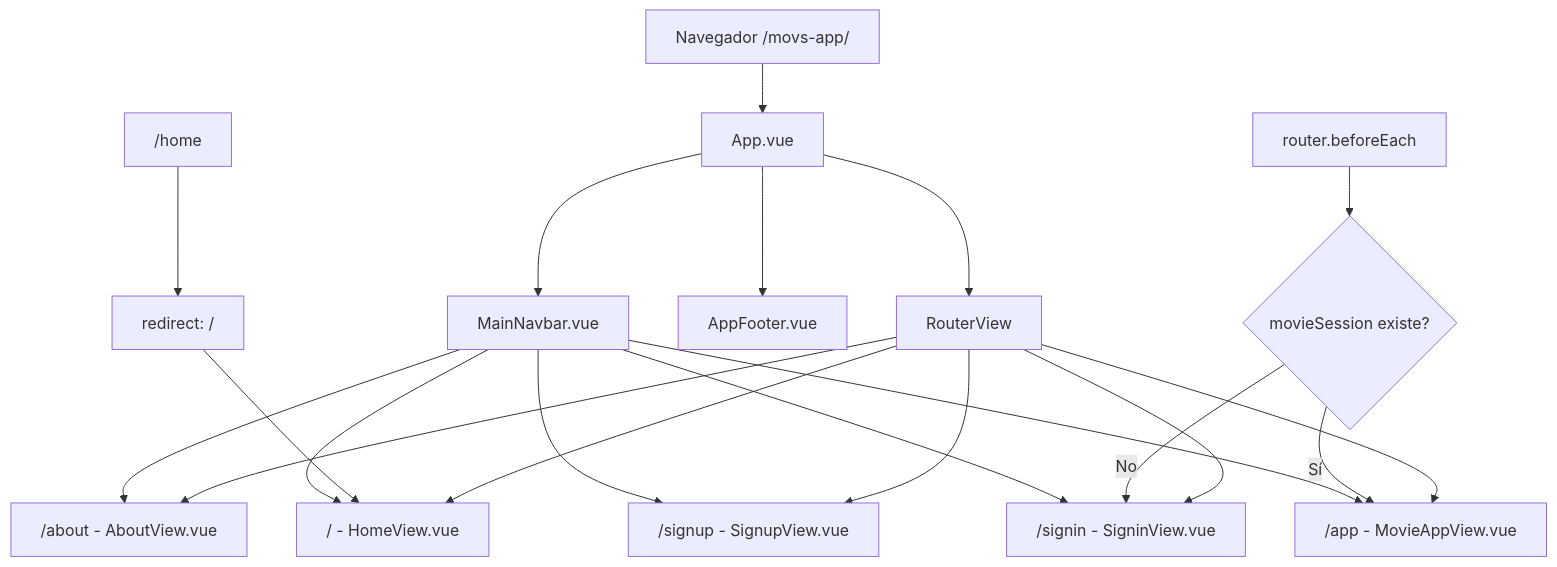
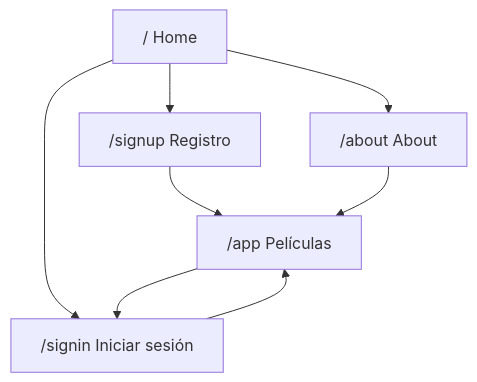
Before and after one commit to brigitterodriguezp/movs-app: the first of 3 diagrams in README.md, drawn with Mermaid. The commit also changed other lines of this file and 8 other files, not shown here.

````diff
--- a/README.md
+++ b/README.md
@@ -92,26 +83,10 @@
 ```mermaid
 flowchart TD
-  Browser["Navegador /movs-app/"] --> App["App.vue"]
-  App --> Navbar["MainNavbar.vue"]
-  App --> RouterView["RouterView"]
-  App --> Footer["AppFooter.vue"]
-
-  RouterView --> Home["/ - HomeView.vue"]
-  RouterView --> About["/about - AboutView.vue"]
-  RouterView --> Signin["/signin - SigninView.vue"]
-  RouterView --> Signup["/signup - SignupView.vue"]
-  RouterView --> MovieApp["/app - MovieAppView.vue"]
-
-  HomeAlias["/home"] --> RedirectHome["redirect: /"]
-  RedirectHome --> Home
-
-  Guard["router.beforeEach"] --> CheckSession{"movieSession existe?"}
-  CheckSession -- "Sí" --> MovieApp
-  CheckSession -- "No" --> Signin
-
-  Navbar --> Home
-  Navbar --> About
-  Navbar --> MovieApp
-  Navbar --> Signin
-  Navbar --> Signup
+  Home["/ Home"] --> About["/about About"]
+  Home --> Signin["/signin Iniciar sesión"]
+  Home --> Signup["/signup Registro"]
+  Signin --> App["/app Películas"]
+  Signup --> App
+  About --> App
+  App --> Signin
 ```
````
